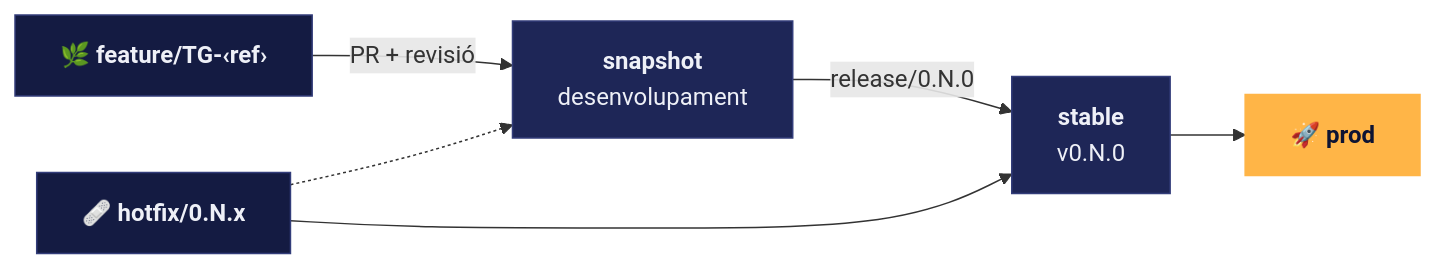
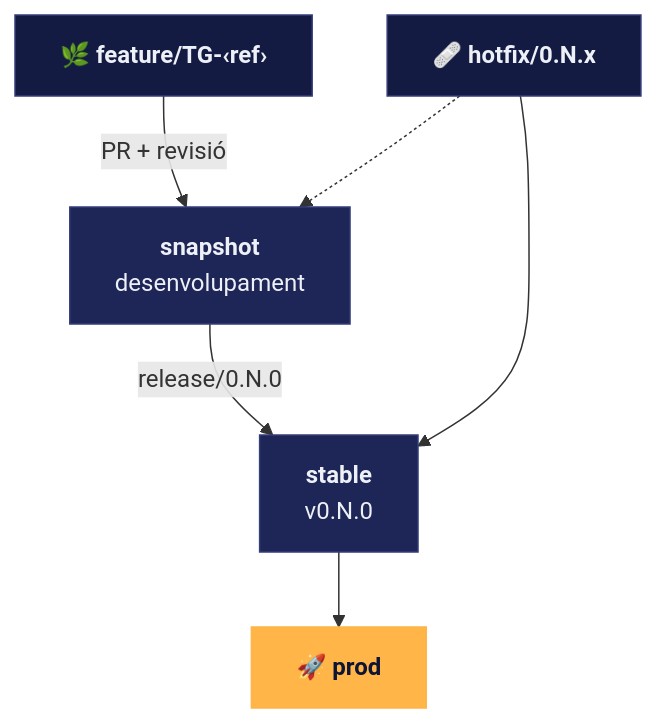
The second of 2 diagrams in README.md (pes2627q1-22-gei-upc/talaia), drawn with Mermaid before and after one commit.

Commit message:
docs: flux de git en vertical
Refs: TG-72

````diff
--- a/README.md
+++ b/README.md
@@ -121,12 +121,12 @@
 ```mermaid
-flowchart LR
+flowchart TB
   F["🌿 <b>feature/TG-‹ref›</b>"]:::branca -->|"PR + revisió"| S["<b>snapshot</b><br/>desenvolupament"]:::base
   S -->|"release/0.N.0"| ST["<b>stable</b><br/>v0.N.0"]:::base
   ST --> P["🚀 <b>prod</b>"]:::prod
   HF["🩹 <b>hotfix/0.N.x</b>"]:::branca --> ST
   HF -.-> S
 
   classDef branca fill:#141B42,stroke:#333D7A,color:#EEF0F7
   classDef base fill:#1E2657,stroke:#333D7A,color:#EEF0F7
   classDef prod fill:#FFB547,stroke:#FFB547,color:#0E1433
 ```
````
